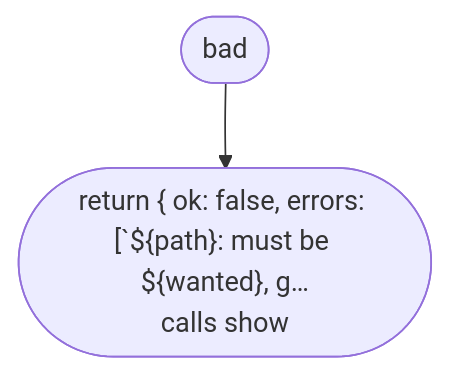
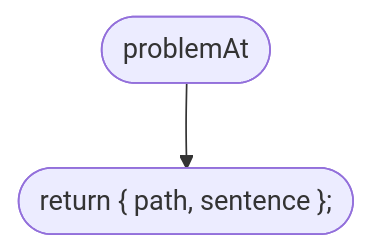
The third of 38 diagrams in docs/flows/src/place/parse.md (NewDara-Star/world-engine), drawn with Mermaid before and after one commit. The commit also changed other lines of this file and 18 other files, not shown here.

````diff
--- a/docs/flows/src/place/parse.md
+++ b/docs/flows/src/place/parse.md
@@ -39,6 +46,6 @@
 ```mermaid
 flowchart TD
-  n1(["bad"])
-  n2(["return { ok: false, errors: [#96;${path}: must be ${wanted}, g…<br/>calls show"])
+  n1(["problemAt"])
+  n2(["return { path, sentence };"])
   n1 --> n2
 ```
````
